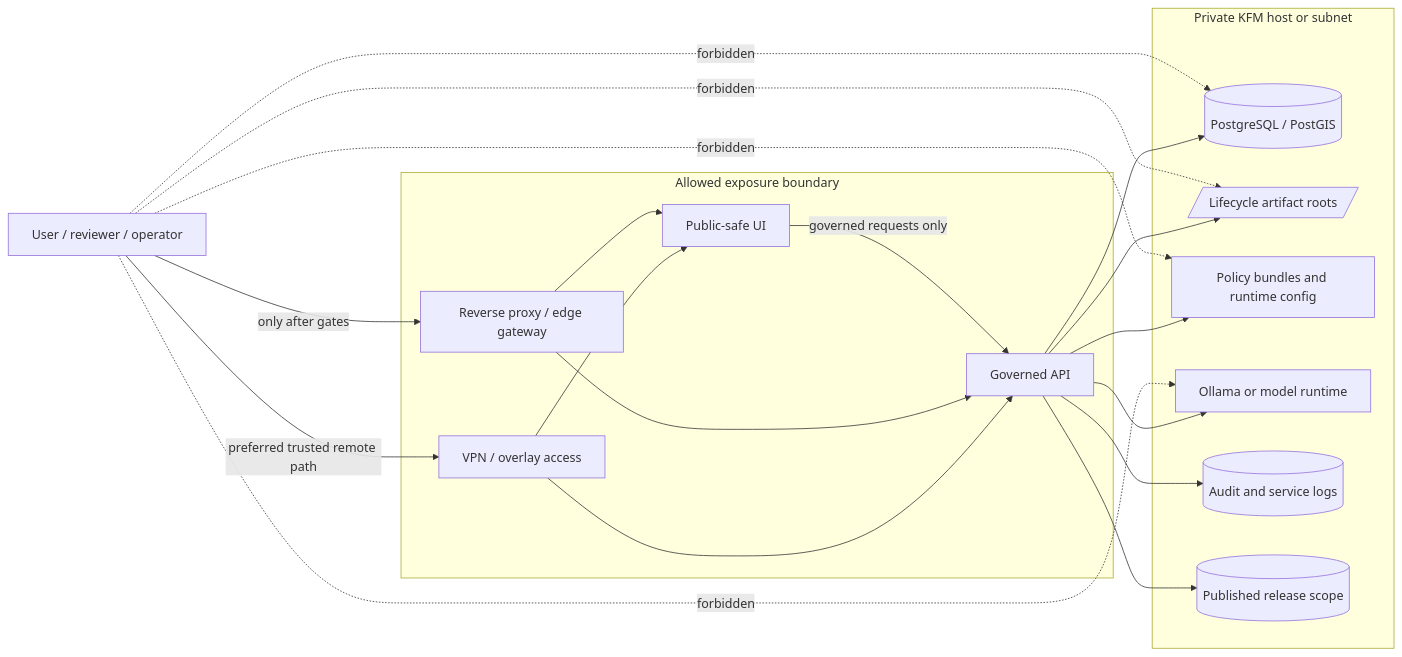
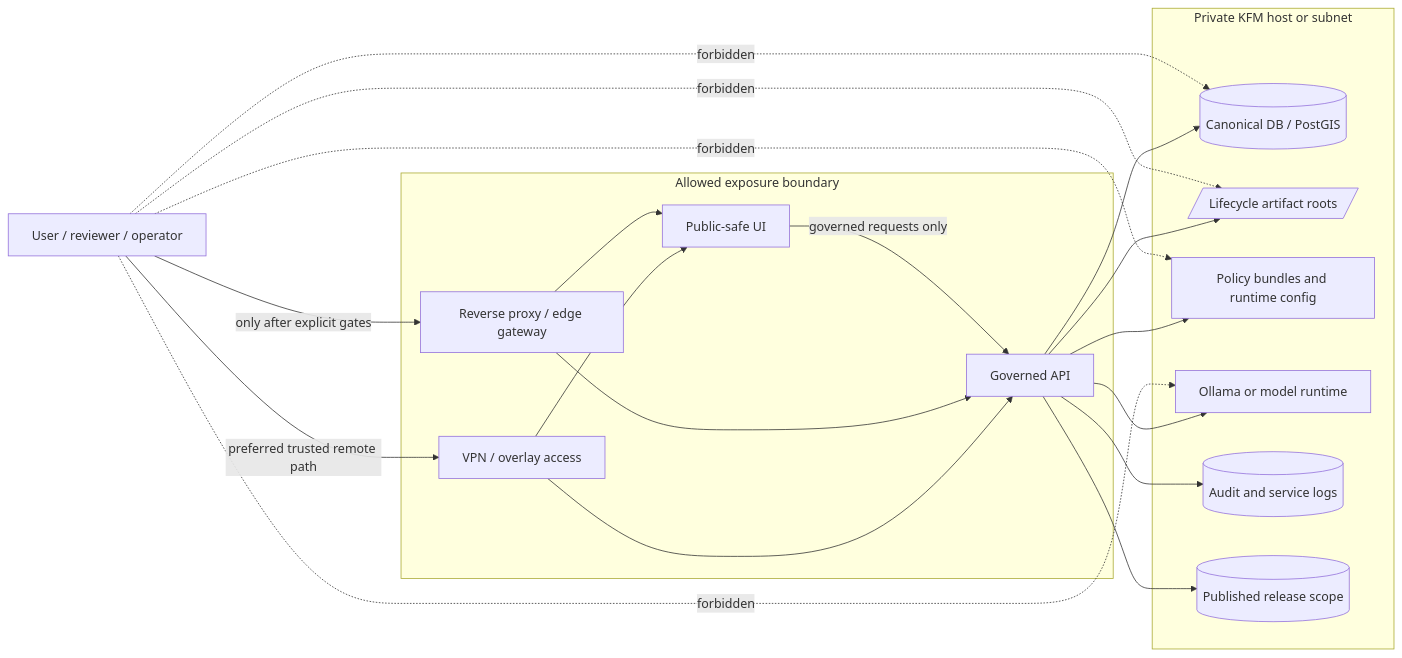
Before and after one commit to bartytime4life/Kansas-Frontier-Matrix: the diagram in docs/adr/ADR-0010-local-exposure-security.md, drawn with Mermaid. The commit also changed other lines of this file, not shown here.

````diff
--- a/docs/adr/ADR-0010-local-exposure-security.md
+++ b/docs/adr/ADR-0010-local-exposure-security.md
@@ -124,41 +159,41 @@
 ```mermaid
 flowchart LR
   User[User / reviewer / operator]
 
   subgraph Edge["Allowed exposure boundary"]
     VPN[VPN / overlay access]
     Proxy[Reverse proxy / edge gateway]
     UI[Public-safe UI]
     API[Governed API]
   end
 
   subgraph Private["Private KFM host or subnet"]
-    DB[(PostgreSQL / PostGIS)]
+    DB[(Canonical DB / PostGIS)]
     Artifacts[/Lifecycle artifact roots/]
     Policy[Policy bundles and runtime config]
     Model[Ollama or model runtime]
     Logs[(Audit and service logs)]
     Releases[(Published release scope)]
   end
 
   User -->|preferred trusted remote path| VPN
-  User -->|only after gates| Proxy
+  User -->|only after explicit gates| Proxy
 
   VPN --> UI
   VPN --> API
   Proxy --> UI
   Proxy --> API
 
   UI -->|governed requests only| API
   API --> Releases
   API --> Policy
   API --> DB
   API --> Artifacts
   API --> Model
   API --> Logs
 
   User -. forbidden .-> DB
   User -. forbidden .-> Artifacts
   User -. forbidden .-> Model
   User -. forbidden .-> Policy
 ```
````
